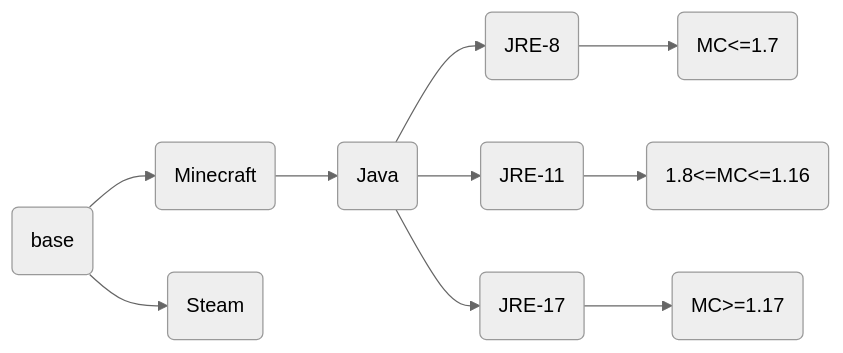
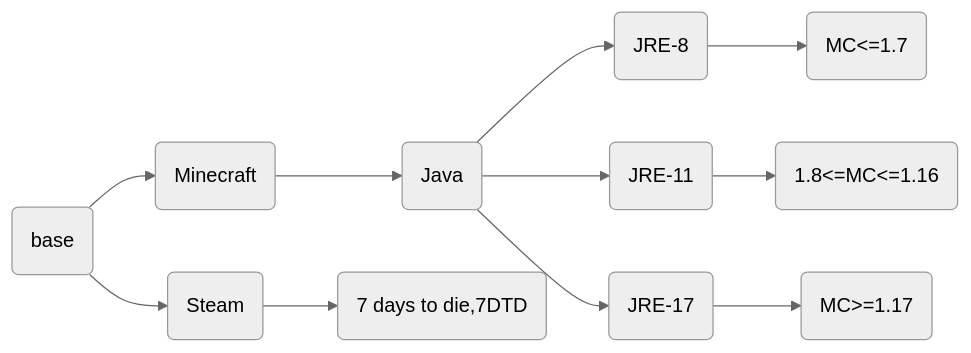
One commit to ben0i0d/gameserver-image-stacks changed the diagram in README.md. Above: the diagram before and after it, drawn with Mermaid (neutral theme). The commit also changed 1 other file, not shown here.

Commit message:
更新 .gitlab-ci.yml, README.md

````diff
--- a/README.md
+++ b/README.md
@@ -12,9 +12,9 @@
 ```mermaid
 	graph LR
 	A(base)-->B(Minecraft)
 	B-->C(Java)
 	C-->D(JRE-8)-->G(MC<=1.7)
 	C-->E(JRE-11)-->H(1.8<=MC<=1.16)
     C-->F(JRE-17)-->I(MC>=1.17)
-    A-->J(Steam)
+    A-->J(Steam)-->K(7 days to die,7DTD)
 ```
````
